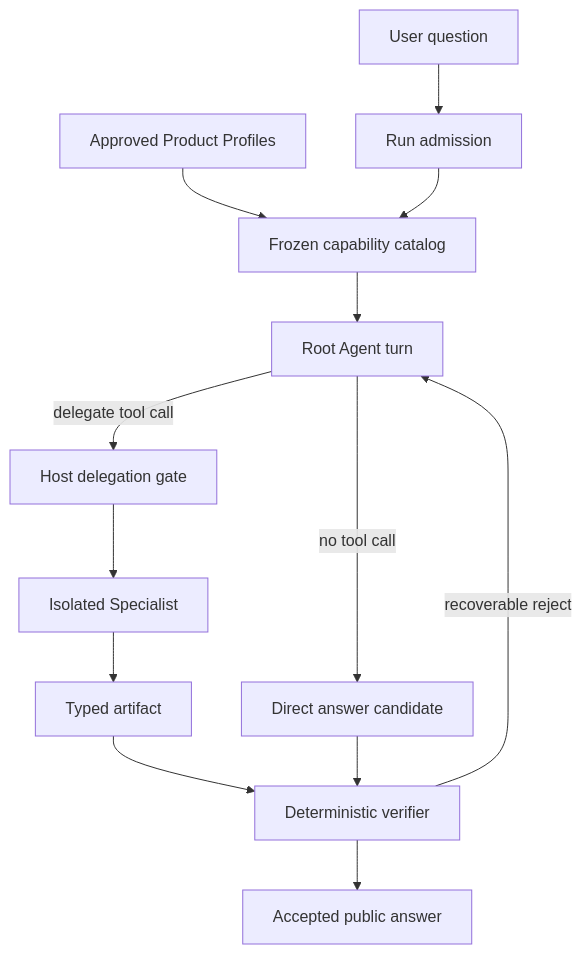
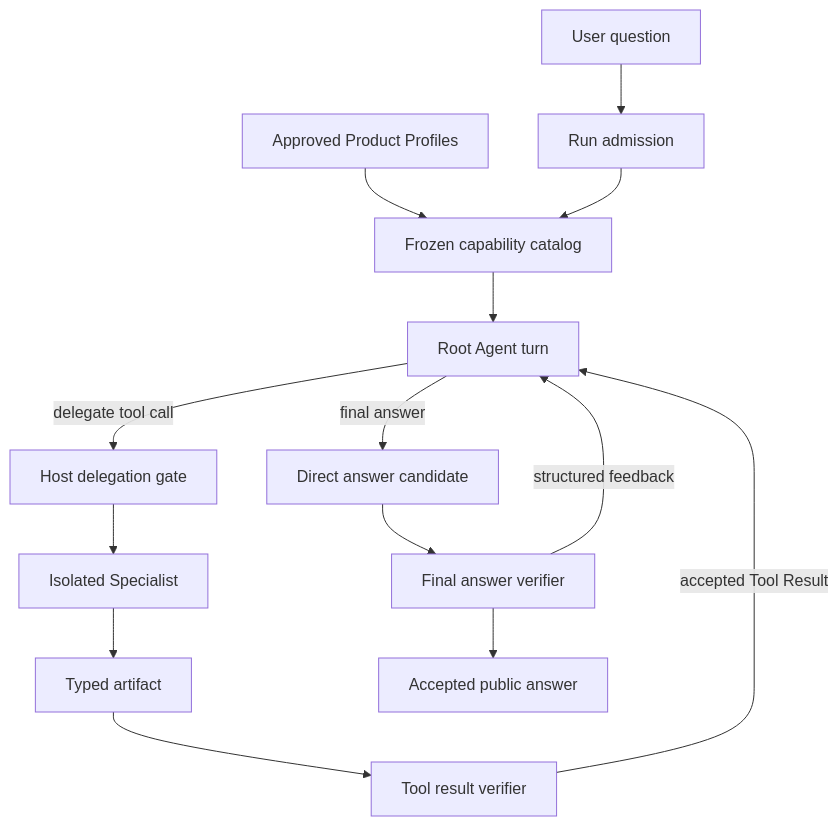
Before and after one commit to LienJack/data-agent: the first of 3 diagrams in docs/plans/2026-08-22-001-refactor-model-driven-subagent-harness-plan.md, drawn with Mermaid. The commit also changed other lines of this file, not shown here.

Commit message:
docs(agent-runtime): align harness plan with dynamic tool loop

````diff
--- a/docs/plans/2026-08-22-001-refactor-model-driven-subagent-harness-plan.md
+++ b/docs/plans/2026-08-22-001-refactor-model-driven-subagent-harness-plan.md
@@ -178,15 +183,16 @@
 ```mermaid
 flowchart TB
   User[User question] --> Run[Run admission]
   Registry[Approved Product Profiles] --> Catalog[Frozen capability catalog]
   Run --> Catalog
   Catalog --> Root[Root Agent turn]
-  Root -->|no tool call| Direct[Direct answer candidate]
+  Root -->|final answer| Direct[Direct answer candidate]
   Root -->|delegate tool call| Gate[Host delegation gate]
   Gate --> Specialist[Isolated Specialist]
   Specialist --> Artifact[Typed artifact]
-  Artifact --> Verify[Deterministic verifier]
-  Direct --> Verify
-  Verify --> Final[Accepted public answer]
-  Verify -->|recoverable reject| Root
+  Artifact --> ToolVerify[Tool result verifier]
+  ToolVerify -->|accepted Tool Result| Root
+  Direct --> FinalVerify[Final answer verifier]
+  FinalVerify --> Final[Accepted public answer]
+  FinalVerify -->|structured feedback| Root
 ```
````
